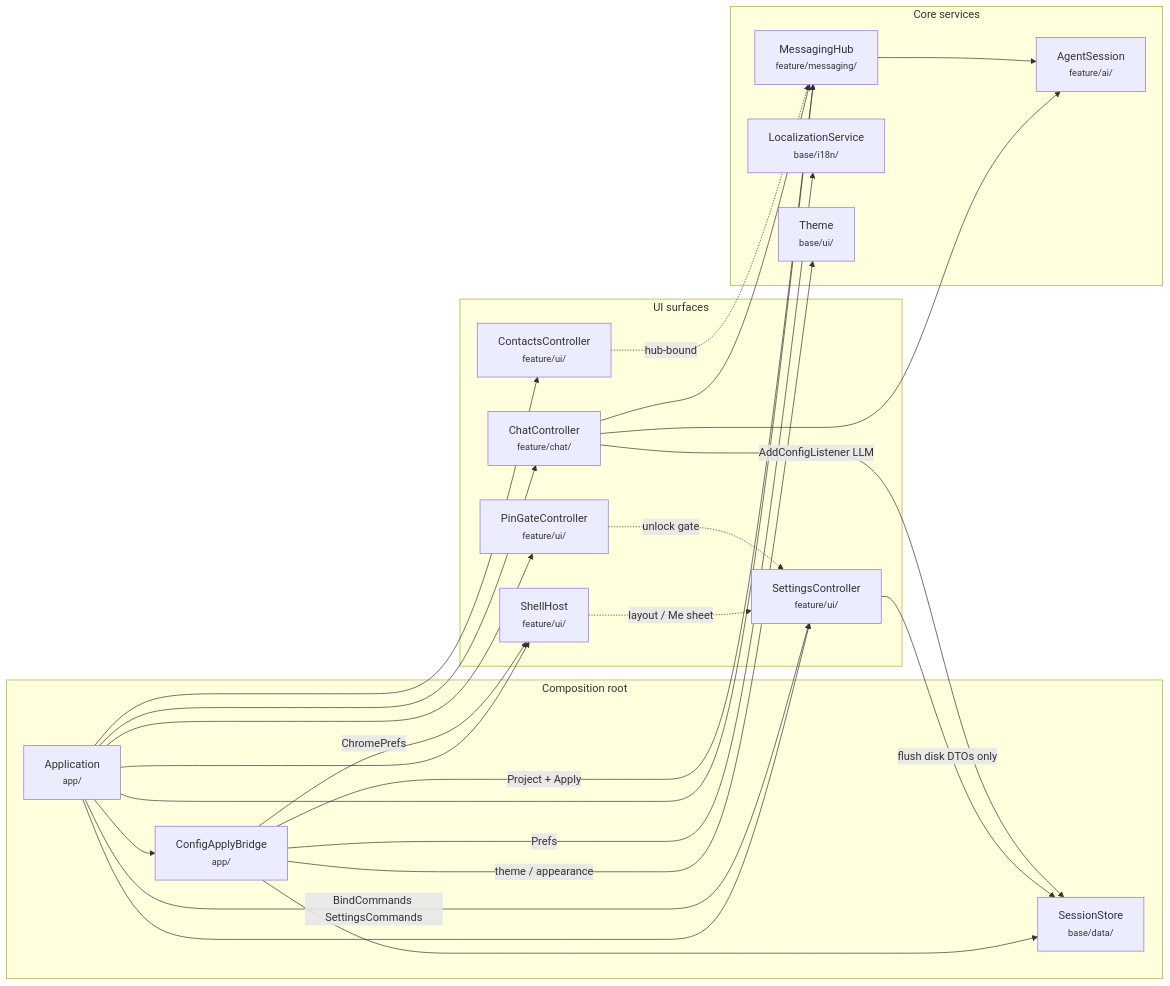
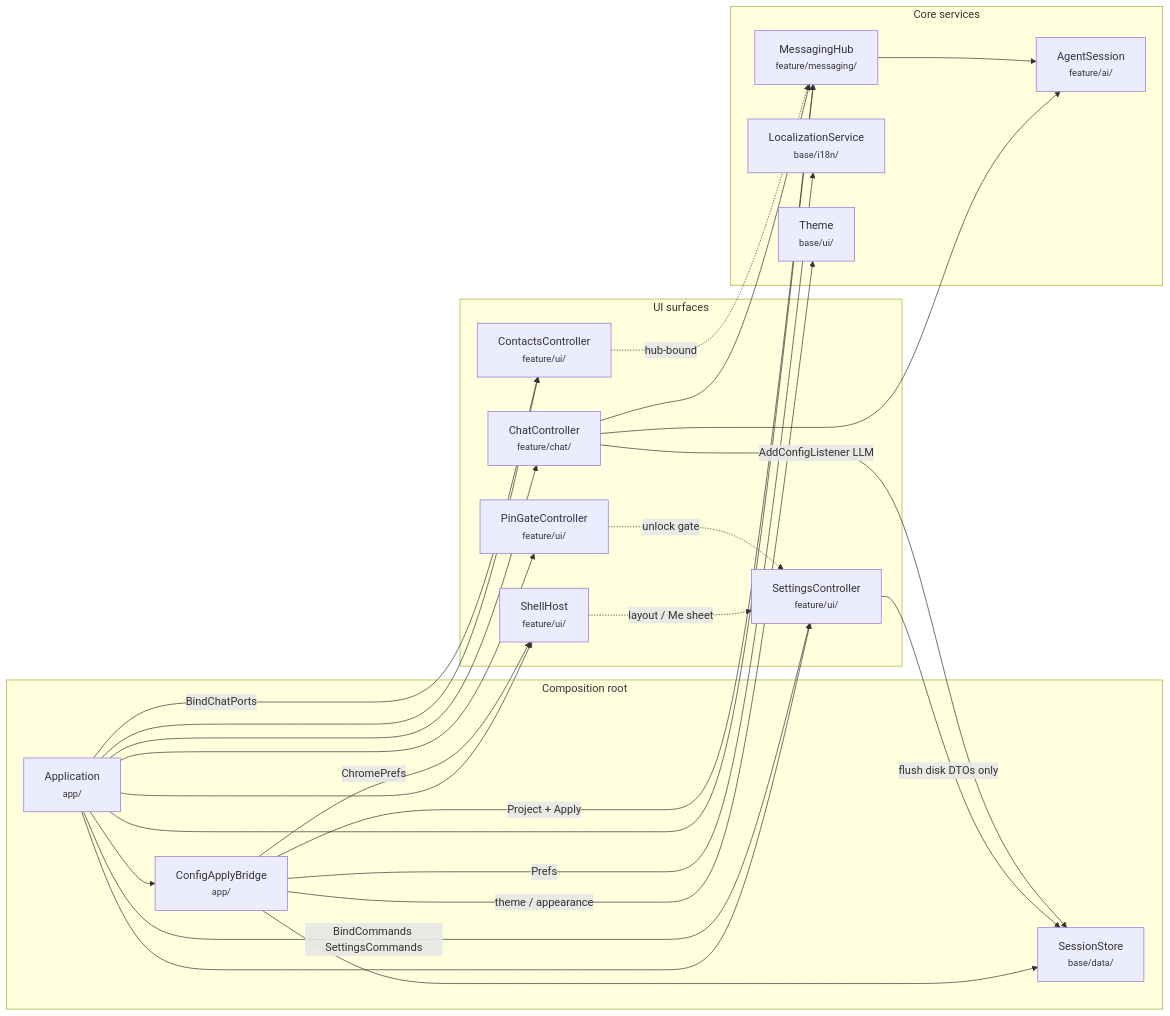
One commit to people-post/pp-browser changed the second of 4 diagrams in docs/architecture/RUNTIME_COMPOSITION.md. Above: the diagram before and after it, drawn with Mermaid. The commit also changed other lines of this file and 11 other files, not shown here.

````diff
--- a/docs/architecture/RUNTIME_COMPOSITION.md
+++ b/docs/architecture/RUNTIME_COMPOSITION.md
@@ -79,48 +79,49 @@
 ```mermaid
 flowchart LR
   subgraph composition["Composition root"]
     App["Application<br/><small>app/</small>"]
     Bridge["ConfigApplyBridge<br/><small>app/</small>"]
     Store["SessionStore<br/><small>base/data/</small>"]
   end
 
   subgraph surfaces["UI surfaces"]
     Shell["ShellHost<br/><small>feature/ui/</small>"]
     Settings["SettingsController<br/><small>feature/ui/</small>"]
     Chat["ChatController<br/><small>feature/chat/</small>"]
     Contacts["ContactsController<br/><small>feature/ui/</small>"]
     Pin["PinGateController<br/><small>feature/ui/</small>"]
   end
 
   subgraph services["Core services"]
     Hub["MessagingHub<br/><small>feature/messaging/</small>"]
     Agent["AgentSession<br/><small>feature/ai/</small>"]
     Locale["LocalizationService<br/><small>base/i18n/</small>"]
     ThemeNode["Theme<br/><small>base/ui/</small>"]
   end
 
   App --> Bridge
   App --> Hub
   App --> Shell
   App --> Chat
   App --> Settings
   App --> Contacts
   App --> Pin
 
   Bridge --> Store
   Bridge -->|Project + Apply| Hub
   Bridge -->|ChromePrefs| Shell
   Bridge -->|Prefs| Locale
   Bridge -->|theme / appearance| ThemeNode
 
   Settings -->|flush disk DTOs only| Store
   Chat -->|AddConfigListener LLM| Store
   Chat --> Hub
   Chat --> Agent
   Hub --> Agent
 
   Shell -.->|layout / Me sheet| Settings
   App -->|BindCommands SettingsCommands| Settings
+  App -->|BindChatPorts| Contacts
   Pin -.->|unlock gate| Settings
   Contacts -.->|hub-bound| Hub
 ```
````
